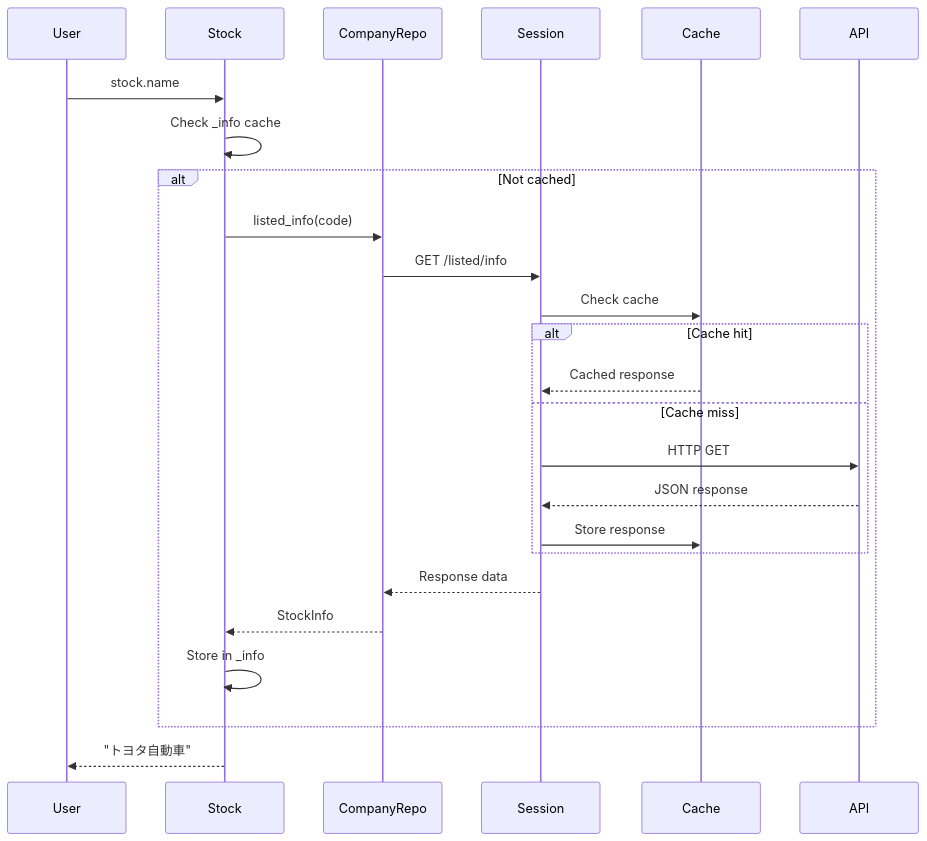
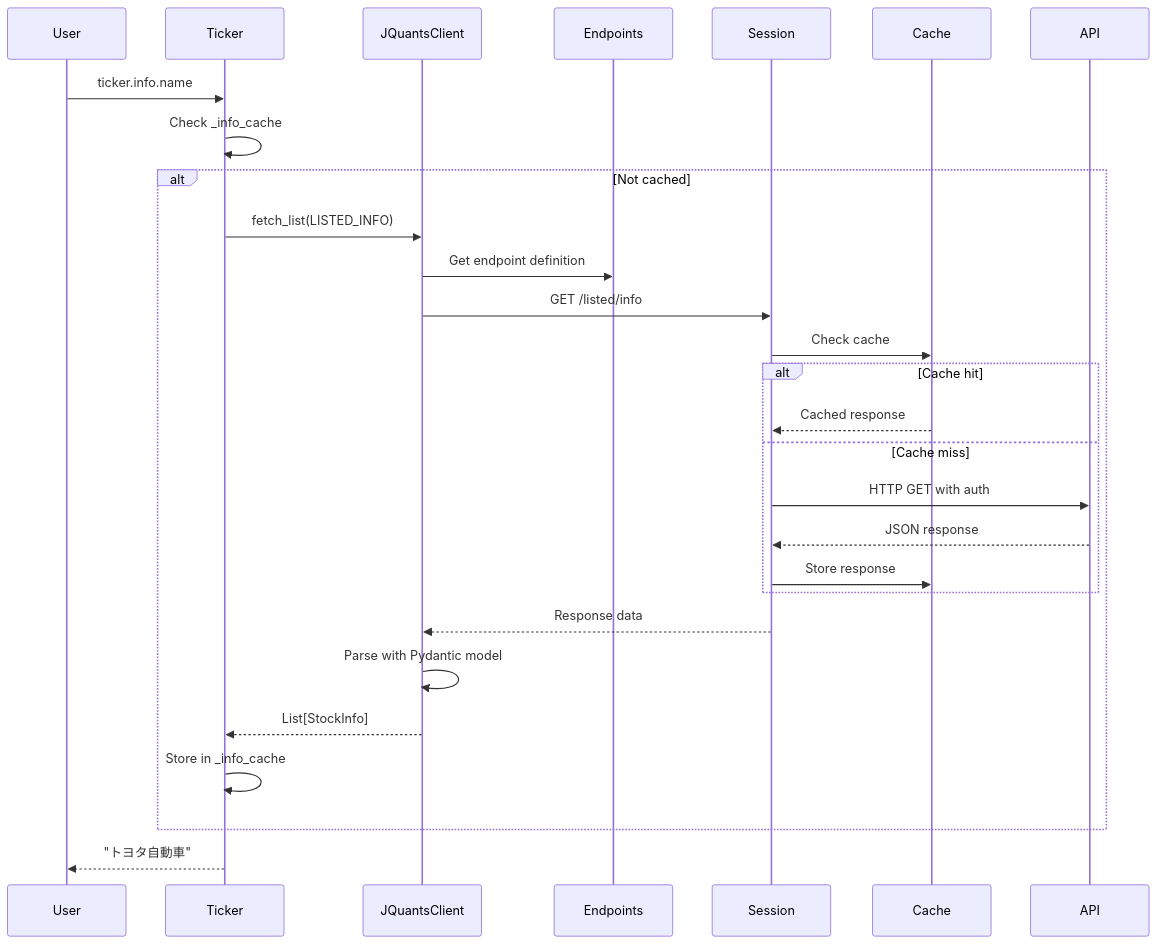
The second of 3 diagrams in docs/architecture.md (obichan117/pyjquants), drawn with Mermaid before and after one commit. The commit also changed other lines of this file and 81 other files, not shown here.

First line of the commit message:
refactor: Migrate to clean domain-driven architecture

````diff
--- a/docs/architecture.md
+++ b/docs/architecture.md
@@ -87,28 +95,31 @@
 ```mermaid
 sequenceDiagram
     participant User
-    participant Stock
-    participant CompanyRepo
+    participant Ticker
+    participant Client as JQuantsClient
+    participant Endpoints
     participant Session
     participant Cache
     participant API
 
-    User->>Stock: stock.name
-    Stock->>Stock: Check _info cache
+    User->>Ticker: ticker.info.name
+    Ticker->>Ticker: Check _info_cache
     alt Not cached
-        Stock->>CompanyRepo: listed_info(code)
-        CompanyRepo->>Session: GET /listed/info
+        Ticker->>Client: fetch_list(LISTED_INFO)
+        Client->>Endpoints: Get endpoint definition
+        Client->>Session: GET /listed/info
         Session->>Cache: Check cache
         alt Cache hit
             Cache-->>Session: Cached response
         else Cache miss
-            Session->>API: HTTP GET
+            Session->>API: HTTP GET with auth
             API-->>Session: JSON response
             Session->>Cache: Store response
         end
-        Session-->>CompanyRepo: Response data
-        CompanyRepo-->>Stock: StockInfo
-        Stock->>Stock: Store in _info
+        Session-->>Client: Response data
+        Client->>Client: Parse with Pydantic model
+        Client-->>Ticker: List[StockInfo]
+        Ticker->>Ticker: Store in _info_cache
     end
-    Stock-->>User: "トヨタ自動車"
+    Ticker-->>User: "トヨタ自動車"
 ```
````
